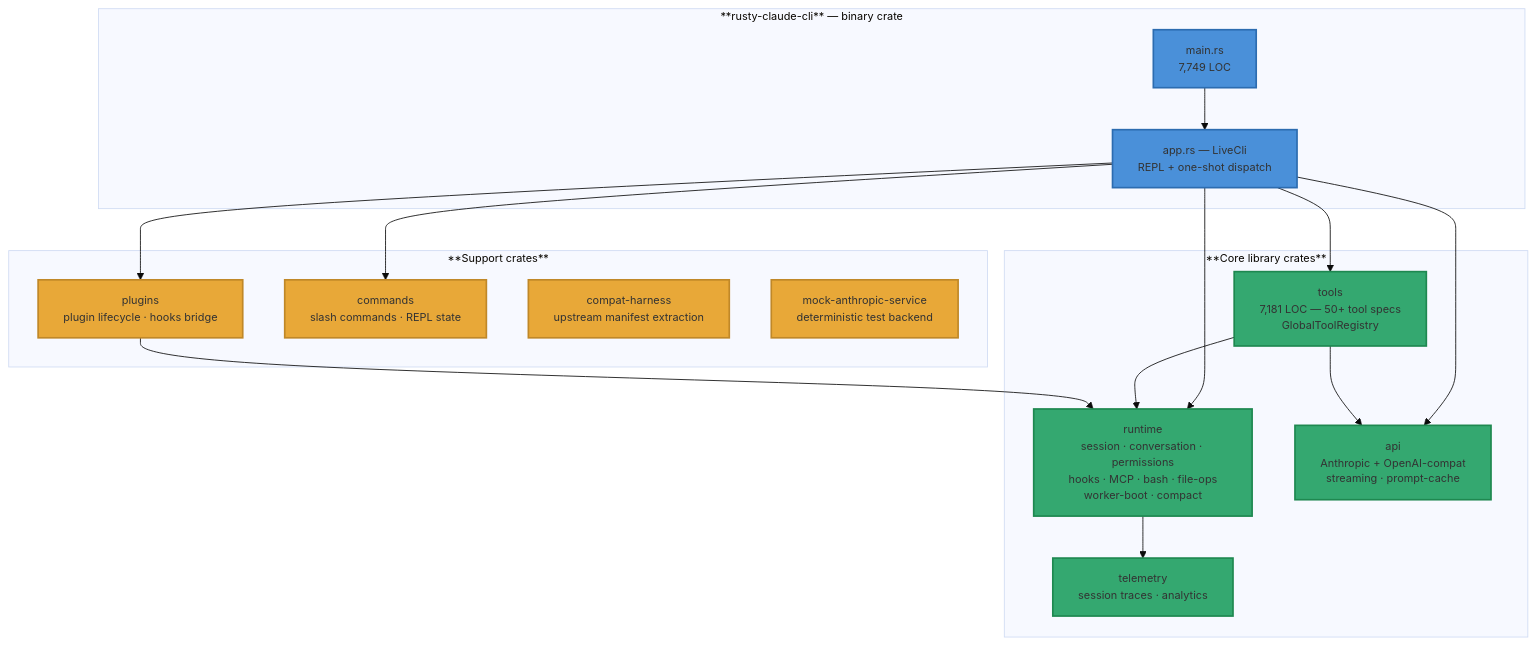
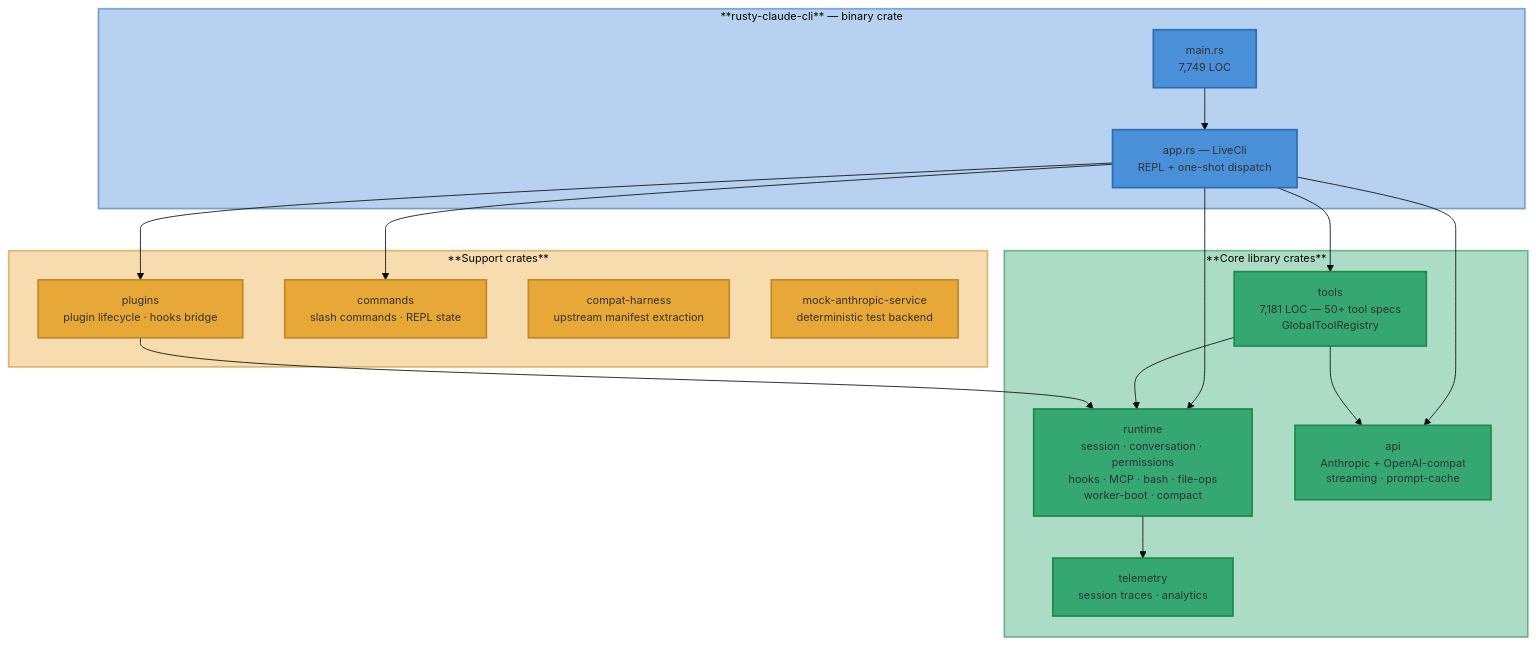
Before and after one commit to Intelligent-Internet/ii-agent: the first of 4 diagrams in docs/design-docs/claw-code-inner-loop-assessment.md, drawn with Mermaid. The commit also changed other lines of this file and 52 other files, not shown here.

````diff
--- a/docs/design-docs/claw-code-inner-loop-assessment.md
+++ b/docs/design-docs/claw-code-inner-loop-assessment.md
@@ -30,40 +30,44 @@
 ```mermaid
 %%{init: {'theme':'base', 'themeVariables': {'fontFamily': 'Arial, sans-serif', 'fontSize': '13px', 'fontWeight': 'normal'}}}%%
 flowchart TD
     subgraph cli["**rusty-claude-cli** — binary crate"]
         MAIN["main.rs<br/>7,749 LOC"]
         APP["app.rs — LiveCli<br/>REPL + one-shot dispatch"]
     end
 
     subgraph corelib["**Core library crates**"]
         RUNTIME["runtime<br/>session · conversation · permissions<br/>hooks · MCP · bash · file-ops<br/>worker-boot · compact"]
         TOOLS["tools<br/>7,181 LOC — 50+ tool specs<br/>GlobalToolRegistry"]
         API["api<br/>Anthropic + OpenAI-compat<br/>streaming · prompt-cache"]
         TELEMETRY["telemetry<br/>session traces · analytics"]
     end
 
     subgraph support["**Support crates**"]
         PLUGINS["plugins<br/>plugin lifecycle · hooks bridge"]
         COMMANDS["commands<br/>slash commands · REPL state"]
         COMPAT["compat-harness<br/>upstream manifest extraction"]
         MOCK["mock-anthropic-service<br/>deterministic test backend"]
     end
 
     MAIN --> APP
     APP --> RUNTIME
     APP --> TOOLS
     APP --> API
     TOOLS --> RUNTIME
     TOOLS --> API
     RUNTIME --> TELEMETRY
     APP --> PLUGINS
     APP --> COMMANDS
     PLUGINS --> RUNTIME
 
+    style cli fill:#4a90d966,stroke:#2c6cb08C,stroke-width:2px
+    style corelib fill:#34a87066,stroke:#1e88508C,stroke-width:2px
+    style support fill:#e8a83866,stroke:#c088288C,stroke-width:2px
+
     classDef cli fill:#4a90d9,stroke:#2c6cb0,stroke-width:2px
     classDef core fill:#34a870,stroke:#1e8850,stroke-width:2px
     classDef support fill:#e8a838,stroke:#c08828,stroke-width:2px
     class MAIN,APP cli
     class RUNTIME,TOOLS,API,TELEMETRY core
     class PLUGINS,COMMANDS,COMPAT,MOCK support
 ```
````
